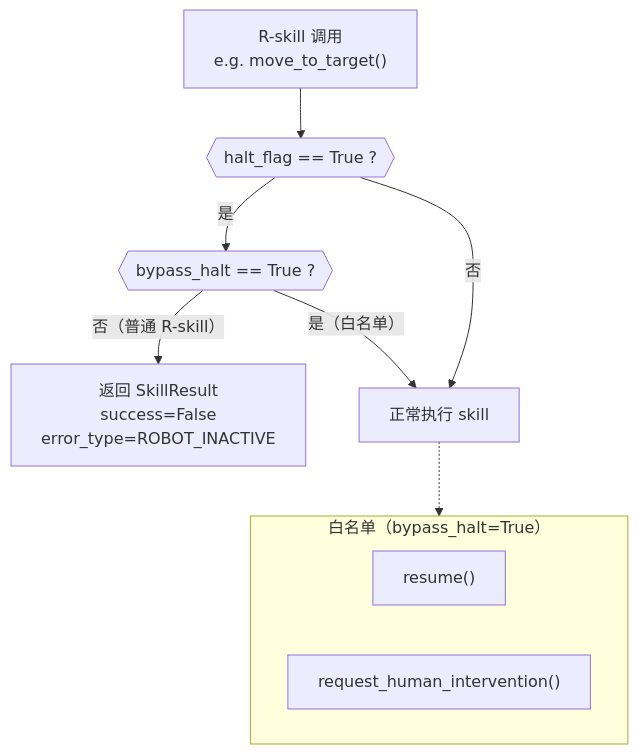
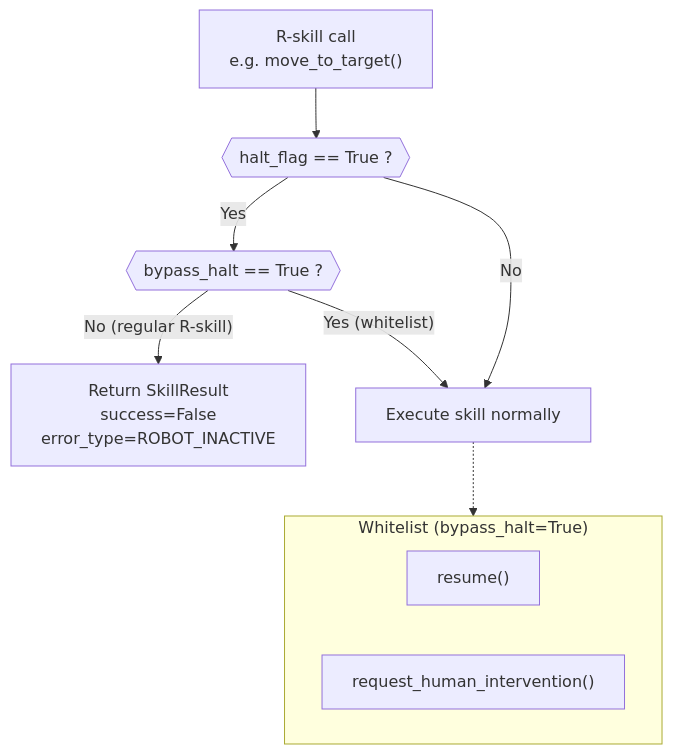
The seventh of 7 diagrams in SkiLib/doc/DIAGRAMS.md (SniperPigeon/RoboSkiAgent), drawn with Mermaid before and after one commit. The commit also changed other lines of this file, not shown here.

Commit message:
update diagram

````diff
--- a/SkiLib/doc/DIAGRAMS.md
+++ b/SkiLib/doc/DIAGRAMS.md
@@ -268,21 +330,21 @@
 ```mermaid
 flowchart TD
-    CALL["R-skill 调用<br/>e.g. move_to_target()"]
+    CALL["R-skill call<br/>e.g. move_to_target()"]
     CHECK{{"halt_flag == True ?"}}
     BYPASS{{"bypass_halt == True ?"}}
-    BLOCK["返回 SkillResult\nsuccess=False\nerror_type=ROBOT_INACTIVE"]
-    EXEC3["正常执行 skill"]
+    BLOCK["Return SkillResult\nsuccess=False\nerror_type=ROBOT_INACTIVE"]
+    EXEC3["Execute skill normally"]
 
     CALL --> CHECK
-    CHECK -->|"否"| EXEC3
-    CHECK -->|"是"| BYPASS
-    BYPASS -->|"否（普通 R-skill）"| BLOCK
-    BYPASS -->|"是（白名单）"| EXEC3
+    CHECK -->|"No"| EXEC3
+    CHECK -->|"Yes"| BYPASS
+    BYPASS -->|"No (regular R-skill)"| BLOCK
+    BYPASS -->|"Yes (whitelist)"| EXEC3
 
-    subgraph WHITELIST["白名单（bypass_halt=True）"]
+    subgraph WHITELIST["Whitelist (bypass_halt=True)"]
         R["resume()"]
         RHI["request_human_intervention()"]
     end
 
     EXEC3 -.-> WHITELIST
 ```
````
